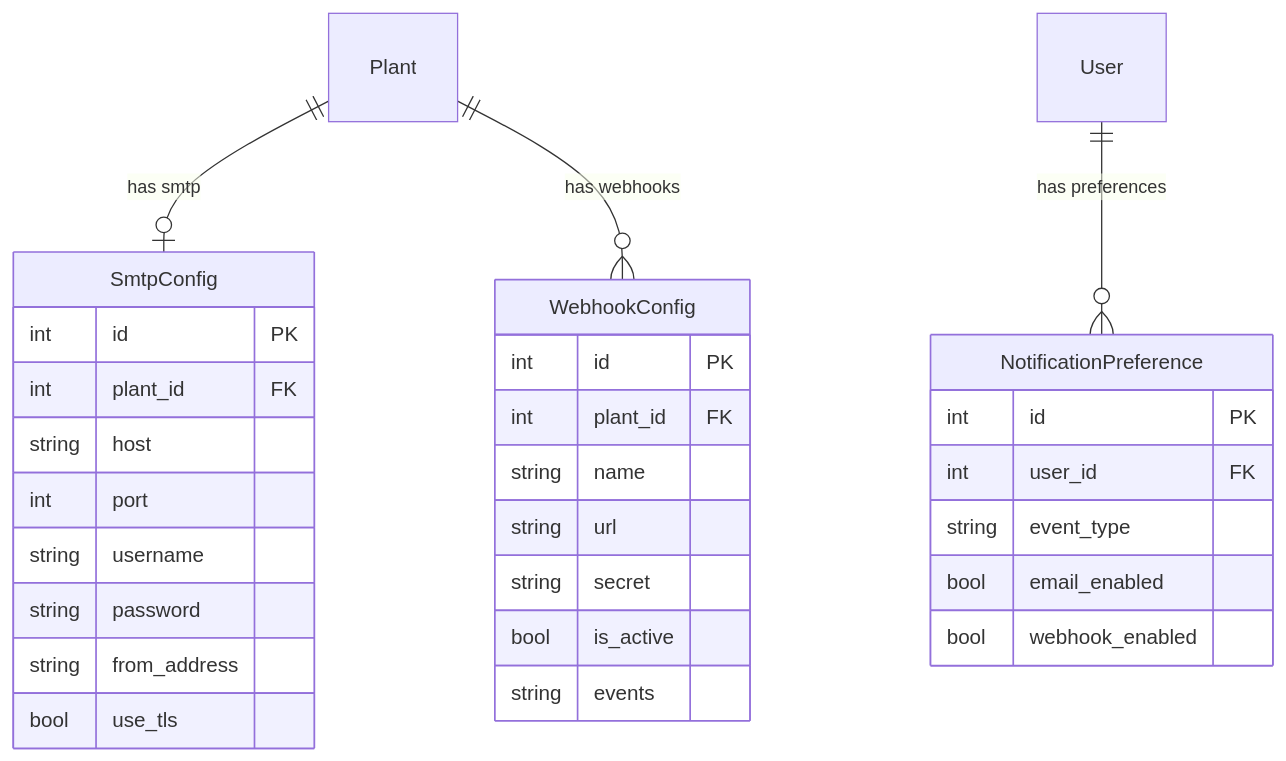
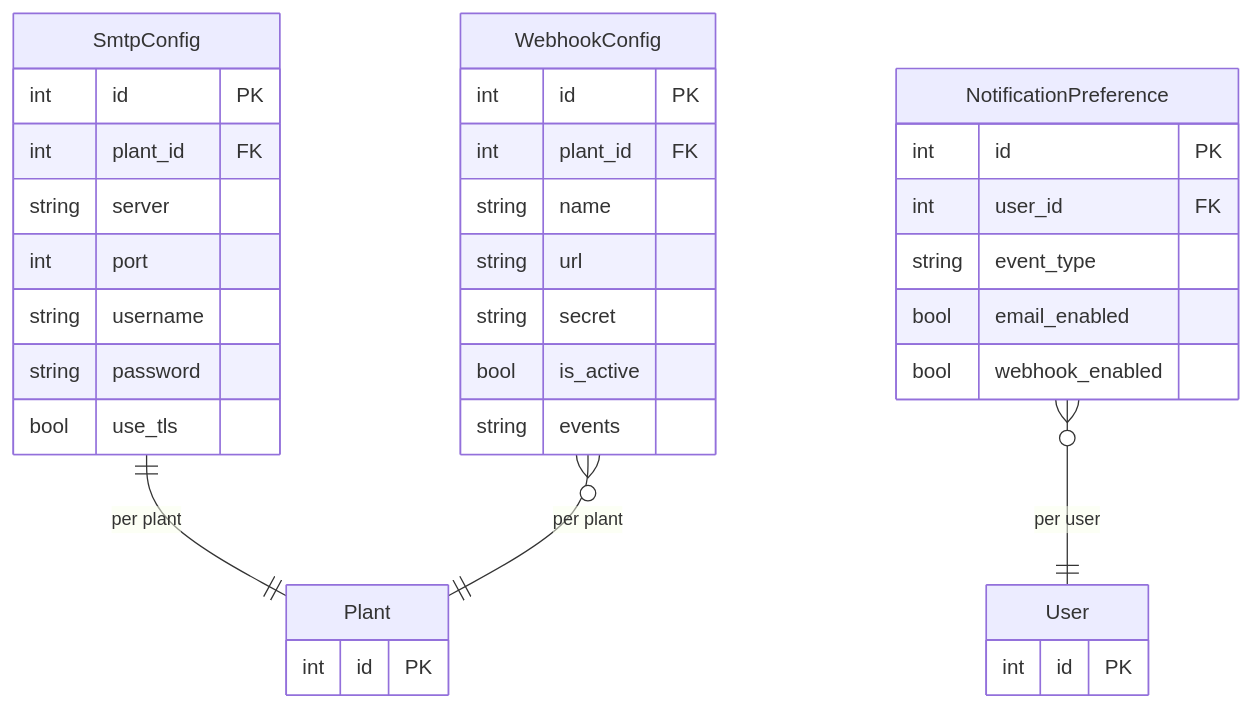
The second of 2 diagrams in .knowledge/features/notifications.md (saturnis-io/cassini), drawn with Mermaid before and after one commit. The commit also changed other lines of this file and 15 other files, not shown here.

Commit message:
knowledge-graph: regenerate

````diff
--- a/.knowledge/features/notifications.md
+++ b/.knowledge/features/notifications.md
@@ -30,32 +30,37 @@
 ```mermaid
 erDiagram
-    Plant ||--o| SmtpConfig : "has smtp"
-    Plant ||--o{ WebhookConfig : "has webhooks"
-    User ||--o{ NotificationPreference : "has preferences"
+    SmtpConfig ||--|| Plant : "per plant"
+    WebhookConfig }o--|| Plant : "per plant"
+    NotificationPreference }o--|| User : "per user"
     SmtpConfig {
         int id PK
         int plant_id FK
-        string host
+        string server
         int port
         string username
         string password
-        string from_address
         bool use_tls
     }
     WebhookConfig {
         int id PK
         int plant_id FK
         string name
         string url
         string secret
         bool is_active
         string events
     }
     NotificationPreference {
         int id PK
         int user_id FK
         string event_type
         bool email_enabled
         bool webhook_enabled
     }
+    Plant {
+        int id PK
+    }
+    User {
+        int id PK
+    }
 ```
````
